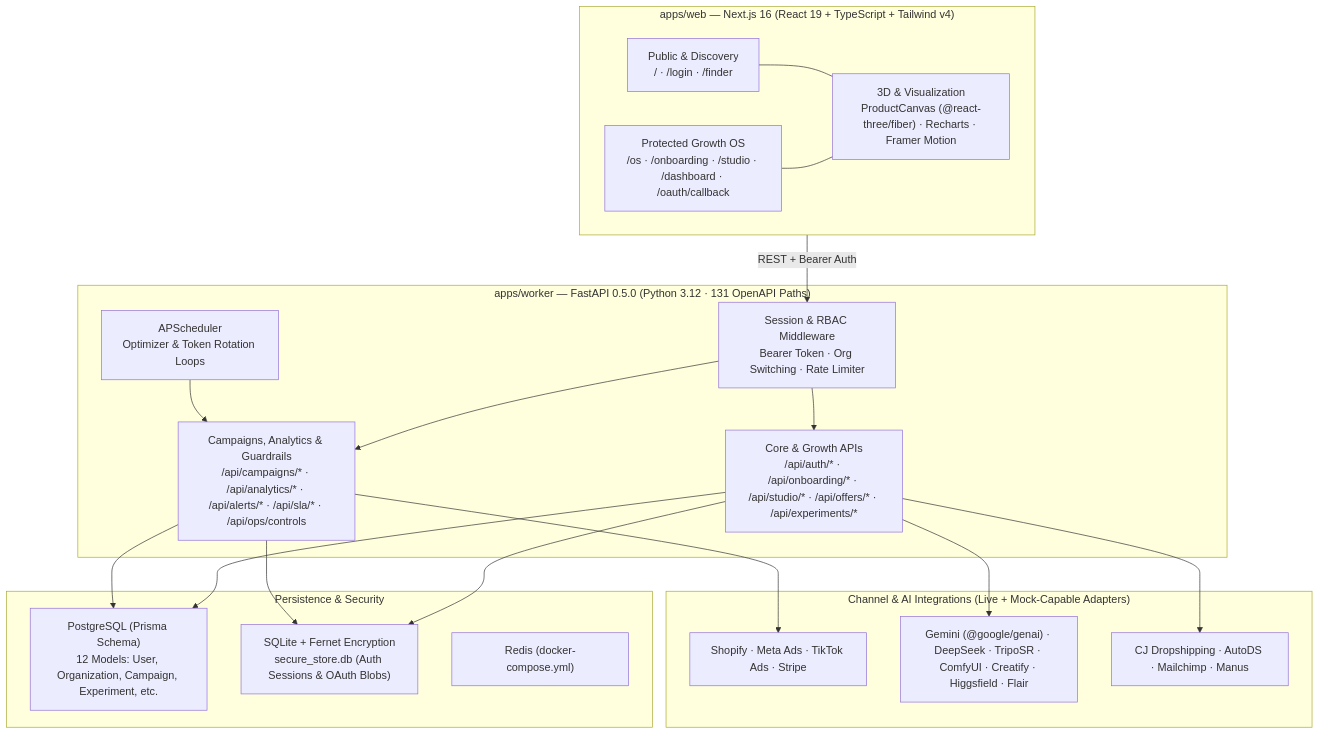
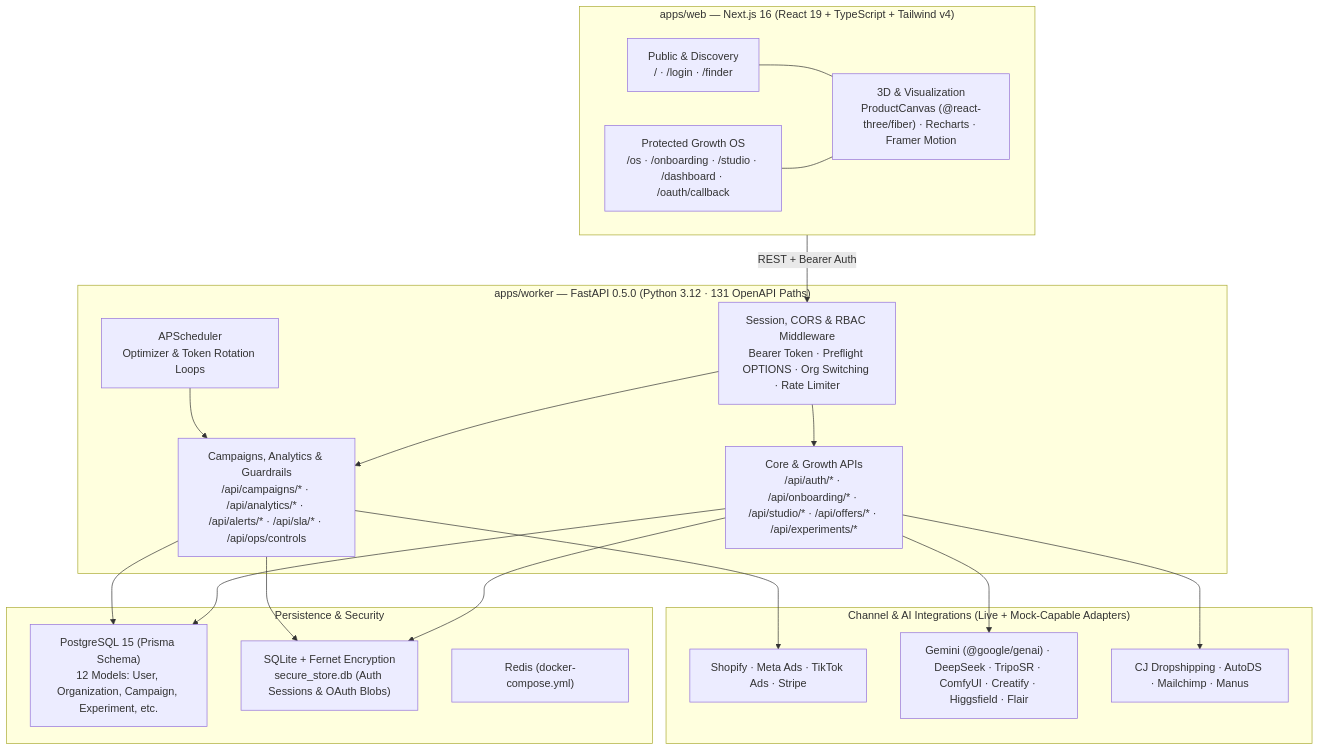
One commit to Anwarito-lbd/conversioncraft changed the diagram in README.md. Above: the diagram before and after it, drawn with Mermaid. The commit also changed other lines of this file and 315 other files, not shown here.

````diff
--- a/README.md
+++ b/README.md
@@ -21,41 +41,41 @@
 ```mermaid
 flowchart TB
     subgraph Client["apps/web — Next.js 16 (React 19 + TypeScript + Tailwind v4)"]
         UI_Pub["Public & Discovery<br/>/ · /login · /finder"]
         UI_OS["Protected Growth OS<br/>/os · /onboarding · /studio · /dashboard · /oauth/callback"]
         UI_3D["3D & Visualization<br/>ProductCanvas (@react-three/fiber) · Recharts · Framer Motion"]
         UI_Pub --- UI_3D
         UI_OS --- UI_3D
     end
 
     subgraph Worker["apps/worker — FastAPI 0.5.0 (Python 3.12 · 131 OpenAPI Paths)"]
-        MW["Session & RBAC Middleware<br/>Bearer Token · Org Switching · Rate Limiter"]
+        MW["Session, CORS & RBAC Middleware<br/>Bearer Token · Preflight OPTIONS · Org Switching · Rate Limiter"]
         API_Core["Core & Growth APIs<br/>/api/auth/* · /api/onboarding/* · /api/studio/* · /api/offers/* · /api/experiments/*"]
         API_Ops["Campaigns, Analytics & Guardrails<br/>/api/campaigns/* · /api/analytics/* · /api/alerts/* · /api/sla/* · /api/ops/controls"]
         Sched["APScheduler<br/>Optimizer & Token Rotation Loops"]
         MW --> API_Core
         MW --> API_Ops
         Sched --> API_Ops
     end
 
     subgraph Data["Persistence & Security"]
-        PG["PostgreSQL (Prisma Schema)<br/>12 Models: User, Organization, Campaign, Experiment, etc."]
+        PG["PostgreSQL 15 (Prisma Schema)<br/>12 Models: User, Organization, Campaign, Experiment, etc."]
         SQLite["SQLite + Fernet Encryption<br/>secure_store.db (Auth Sessions & OAuth Blobs)"]
         Redis["Redis (docker-compose.yml)"]
     end
 
     subgraph External["Channel & AI Integrations (Live + Mock-Capable Adapters)"]
         Channels["Shopify · Meta Ads · TikTok Ads · Stripe"]
         AI["Gemini (@google/genai) · DeepSeek · TripoSR · ComfyUI · Creatify · Higgsfield · Flair"]
         Commerce["CJ Dropshipping · AutoDS · Mailchimp · Manus"]
     end
 
     Client -- "REST + Bearer Auth" --> MW
     API_Core --> PG
     API_Core --> SQLite
     API_Ops --> PG
     API_Ops --> SQLite
     API_Core --> AI
     API_Core --> Commerce
     API_Ops --> Channels
 ```
````
